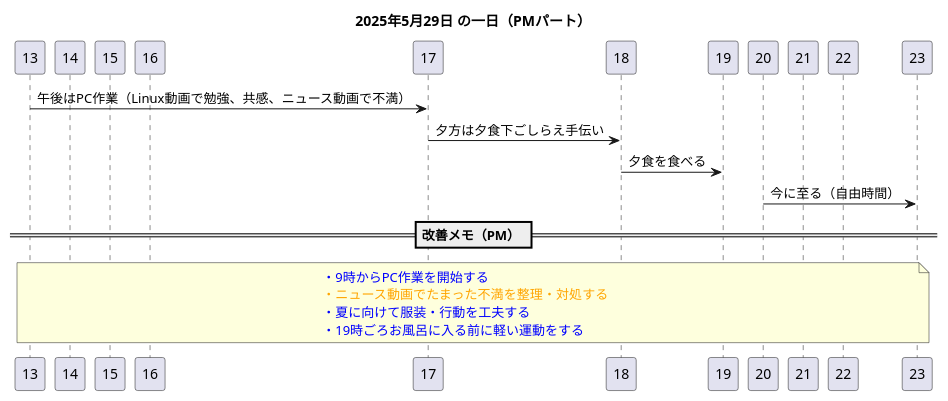
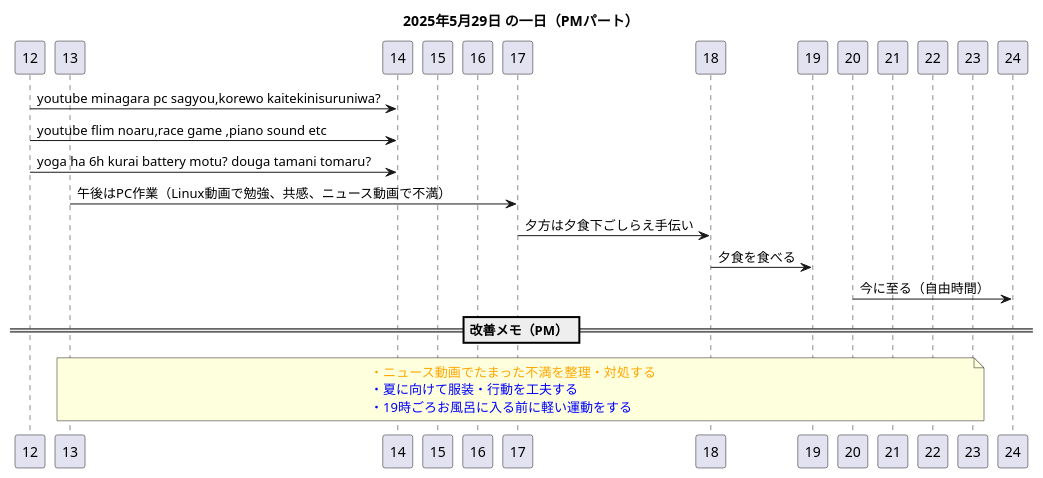
One commit to coacoa/images changed the diagram in diary_250529pm.pu. Above: the diagram before and after it, drawn with PlantUML. The commit also changed 3 other files, not shown here.

```diff
--- a/diary_250529pm.pu
+++ b/diary_250529pm.pu
@@ -1,29 +1,33 @@
 @startuml
 title 2025年5月29日 の一日（PMパート）
 
+participant "12" as T12
 participant "13" as T13
 participant "14" as T14
 participant "15" as T15
 participant "16" as T16
 participant "17" as T17
 participant "18" as T18
 participant "19" as T19
 participant "20" as T20
 participant "21" as T21
 participant "22" as T22
 participant "23" as T23
+participant "24" as T24
 
+T12 -> T14: youtube minagara pc sagyou,korewo kaitekinisuruniwa?
+T12 -> T14: youtube flim noaru,race game ,piano sound etc
+T12 -> T14: yoga ha 6h kurai battery motu? douga tamani tomaru?
 T13 -> T17: 午後はPC作業（Linux動画で勉強、共感、ニュース動画で不満）
 T17 -> T18: 夕方は夕食下ごしらえ手伝い
 T18 -> T19: 夕食を食べる
-T20 -> T23: 今に至る（自由時間）
+T20 -> T24: 今に至る（自由時間）
 
 == 改善メモ（PM） ==
 note over T13, T23
-<color:blue>・9時からPC作業を開始する</color>  
 <color:orange>・ニュース動画でたまった不満を整理・対処する</color>  
 <color:blue>・夏に向けて服装・行動を工夫する</color>  
 <color:blue>・19時ごろお風呂に入る前に軽い運動をする</color>
 end note
 
 @enduml
```
